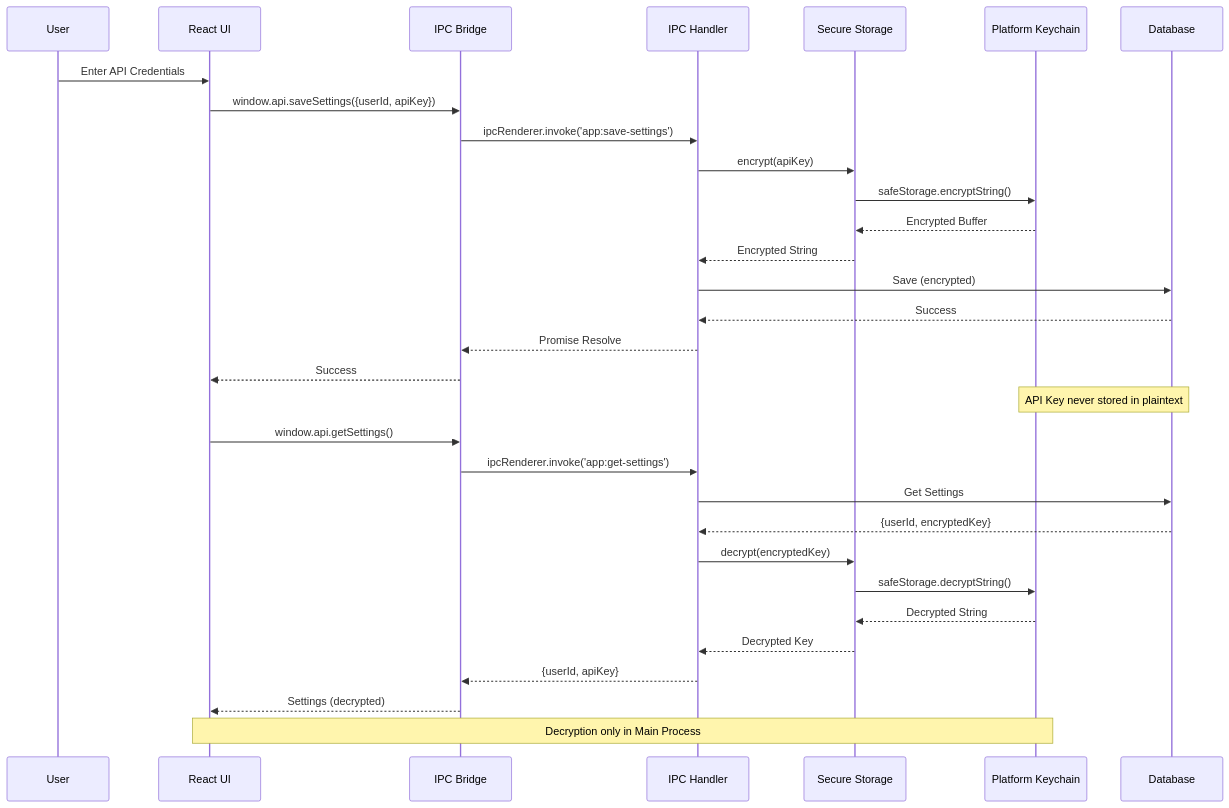
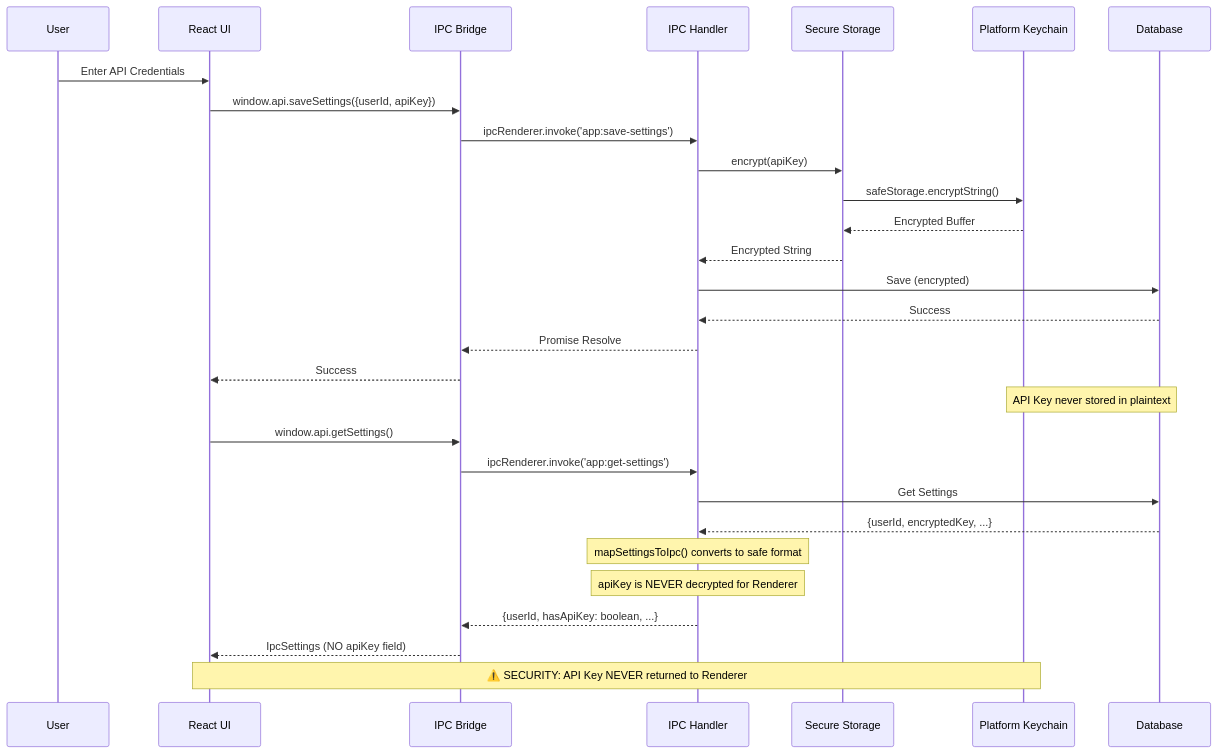
Before and after one commit to KazeKaze93/RuleDesk: the sixth of 11 diagrams in docs/architecture.md, drawn with Mermaid. The commit also changed other lines of this file and 2 other files, not shown here.

First line of the commit message:
chore: enhance IPC settings documentation and security contract

````diff
--- a/docs/architecture.md
+++ b/docs/architecture.md
@@ -664,37 +742,35 @@
 ```mermaid
 sequenceDiagram
     participant User
     participant ReactUI as React UI
     participant Bridge as IPC Bridge
     participant IPC as IPC Handler
     participant SecureStorage as Secure Storage
     participant Keychain as Platform Keychain
     participant DB as Database
 
     User->>ReactUI: Enter API Credentials
     ReactUI->>Bridge: window.api.saveSettings({userId, apiKey})
     Bridge->>IPC: ipcRenderer.invoke('app:save-settings')
     IPC->>SecureStorage: encrypt(apiKey)
     SecureStorage->>Keychain: safeStorage.encryptString()
     Keychain-->>SecureStorage: Encrypted Buffer
     SecureStorage-->>IPC: Encrypted String
     IPC->>DB: Save (encrypted)
     DB-->>IPC: Success
     IPC-->>Bridge: Promise Resolve
     Bridge-->>ReactUI: Success
 
     Note over DB,Keychain: API Key never stored in plaintext
 
     ReactUI->>Bridge: window.api.getSettings()
     Bridge->>IPC: ipcRenderer.invoke('app:get-settings')
     IPC->>DB: Get Settings
-    DB-->>IPC: {userId, encryptedKey}
-    IPC->>SecureStorage: decrypt(encryptedKey)
-    SecureStorage->>Keychain: safeStorage.decryptString()
-    Keychain-->>SecureStorage: Decrypted String
-    SecureStorage-->>IPC: Decrypted Key
-    IPC-->>Bridge: {userId, apiKey}
-    Bridge-->>ReactUI: Settings (decrypted)
+    DB-->>IPC: {userId, encryptedKey, ...}
+    Note over IPC: mapSettingsToIpc() converts to safe format
+    Note over IPC: apiKey is NEVER decrypted for Renderer
+    IPC-->>Bridge: {userId, hasApiKey: boolean, ...}
+    Bridge-->>ReactUI: IpcSettings (NO apiKey field)
 
-    Note over ReactUI,Keychain: Decryption only in Main Process
+    Note over ReactUI,Keychain: ⚠️ SECURITY: API Key NEVER returned to Renderer
 ```
````
